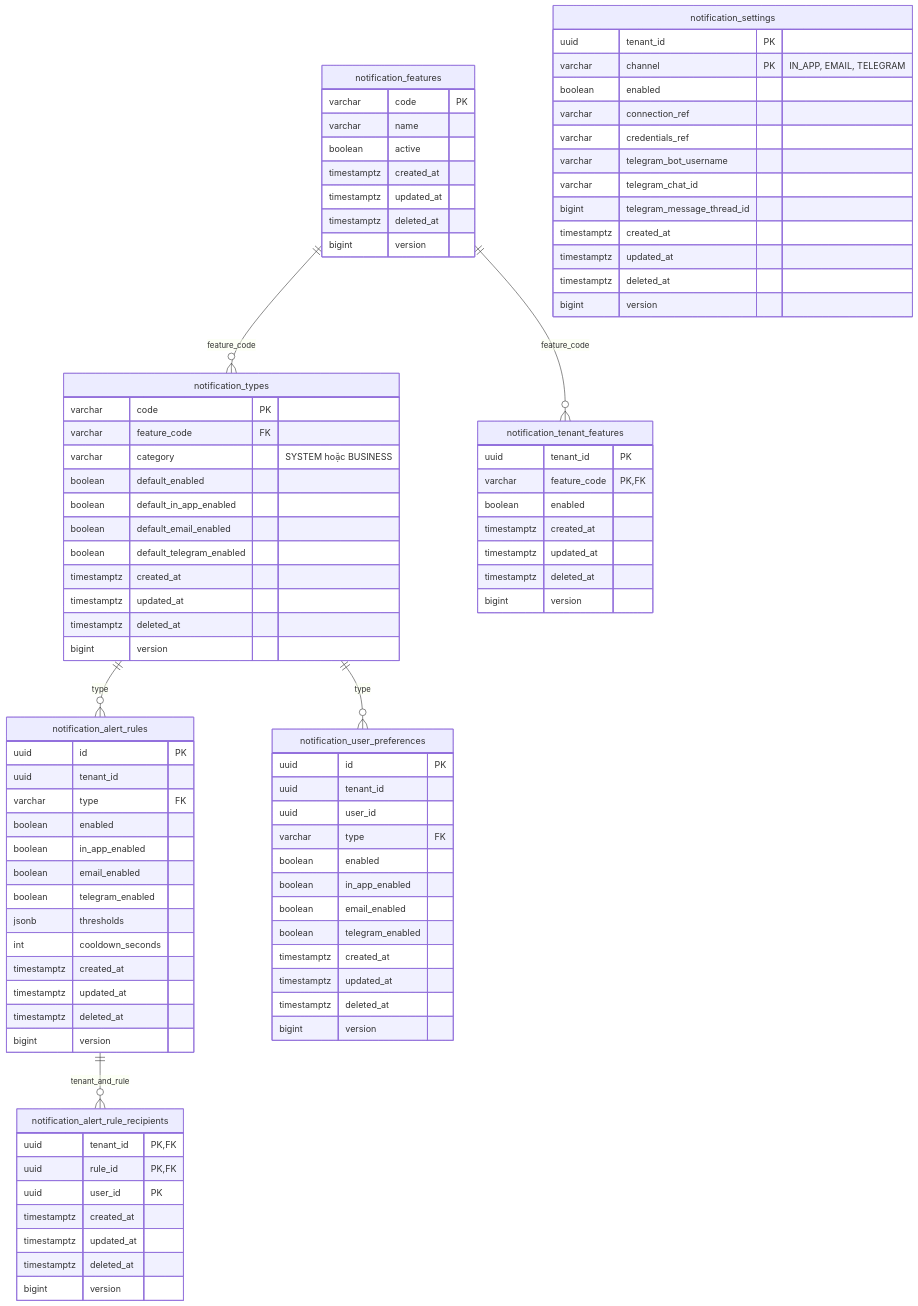
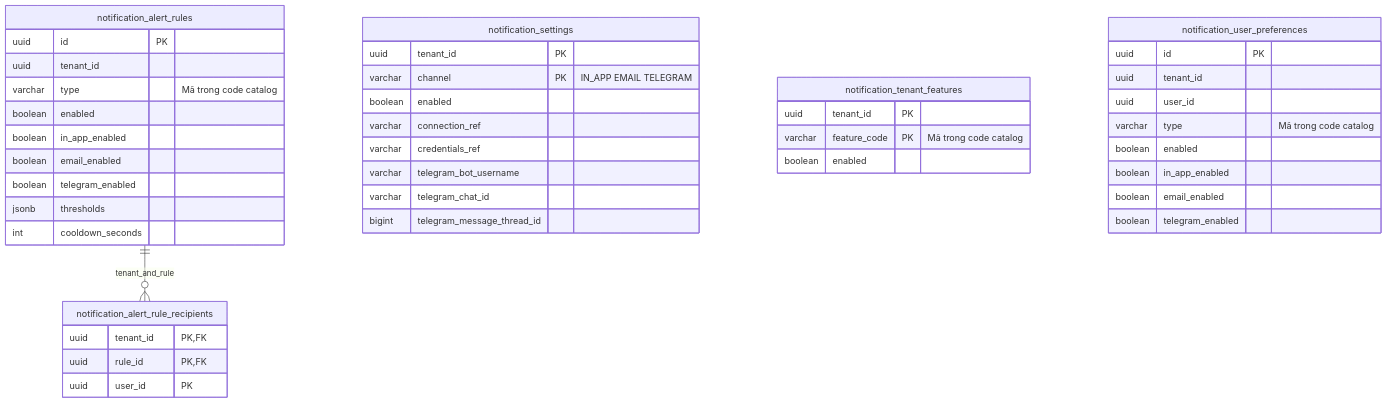
The first of 2 diagrams in services/notification-service/docs/database-design.md (NDQuynh259/vishop-platform), drawn with Mermaid before and after one commit. The commit also changed other lines of this file and 30 other files, not shown here.

First line of the commit message:
Refactor notification service to remove catalog module and integrate notification type handling

````diff
--- a/services/notification-service/docs/database-design.md
+++ b/services/notification-service/docs/database-design.md
@@ -9,92 +12,46 @@
 ```mermaid
 erDiagram
-    notification_features ||--o{ notification_types : feature_code
-    notification_features ||--o{ notification_tenant_features : feature_code
-    notification_types ||--o{ notification_alert_rules : type
-    notification_types ||--o{ notification_user_preferences : type
     notification_alert_rules ||--o{ notification_alert_rule_recipients : tenant_and_rule
 
-    notification_features {
-        varchar code PK
-        varchar name
-        boolean active
-        timestamptz created_at
-        timestamptz updated_at
-        timestamptz deleted_at
-        bigint version
-    }
-    notification_types {
-        varchar code PK
-        varchar feature_code FK
-        varchar category "SYSTEM hoặc BUSINESS"
-        boolean default_enabled
-        boolean default_in_app_enabled
-        boolean default_email_enabled
-        boolean default_telegram_enabled
-        timestamptz created_at
-        timestamptz updated_at
-        timestamptz deleted_at
-        bigint version
-    }
-    notification_tenant_features {
-        uuid tenant_id PK
-        varchar feature_code PK,FK
-        boolean enabled
-        timestamptz created_at
-        timestamptz updated_at
-        timestamptz deleted_at
-        bigint version
-    }
     notification_settings {
         uuid tenant_id PK
-        varchar channel PK "IN_APP, EMAIL, TELEGRAM"
+        varchar channel PK "IN_APP EMAIL TELEGRAM"
         boolean enabled
         varchar connection_ref
         varchar credentials_ref
         varchar telegram_bot_username
         varchar telegram_chat_id
         bigint telegram_message_thread_id
-        timestamptz created_at
-        timestamptz updated_at
-        timestamptz deleted_at
-        bigint version
+    }
+    notification_tenant_features {
+        uuid tenant_id PK
+        varchar feature_code PK "Mã trong code catalog"
+        boolean enabled
     }
     notification_alert_rules {
         uuid id PK
         uuid tenant_id
-        varchar type FK
+        varchar type "Mã trong code catalog"
         boolean enabled
         boolean in_app_enabled
         boolean email_enabled
         boolean telegram_enabled
         jsonb thresholds
         int cooldown_seconds
-        timestamptz created_at
-        timestamptz updated_at
-        timestamptz deleted_at
-        bigint version
     }
     notification_alert_rule_recipients {
         uuid tenant_id PK,FK
         uuid rule_id PK,FK
         uuid user_id PK
-        timestamptz created_at
-        timestamptz updated_at
-        timestamptz deleted_at
-        bigint version
     }
     notification_user_preferences {
         uuid id PK
         uuid tenant_id
         uuid user_id
-        varchar type FK
+        varchar type "Mã trong code catalog"
         boolean enabled
         boolean in_app_enabled
         boolean email_enabled
         boolean telegram_enabled
-        timestamptz created_at
-        timestamptz updated_at
-        timestamptz deleted_at
-        bigint version
     }
 ```
````
